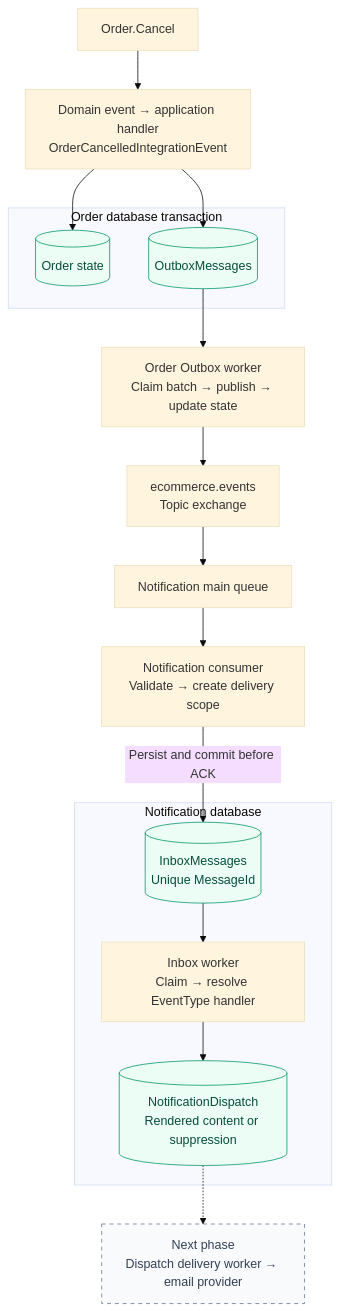
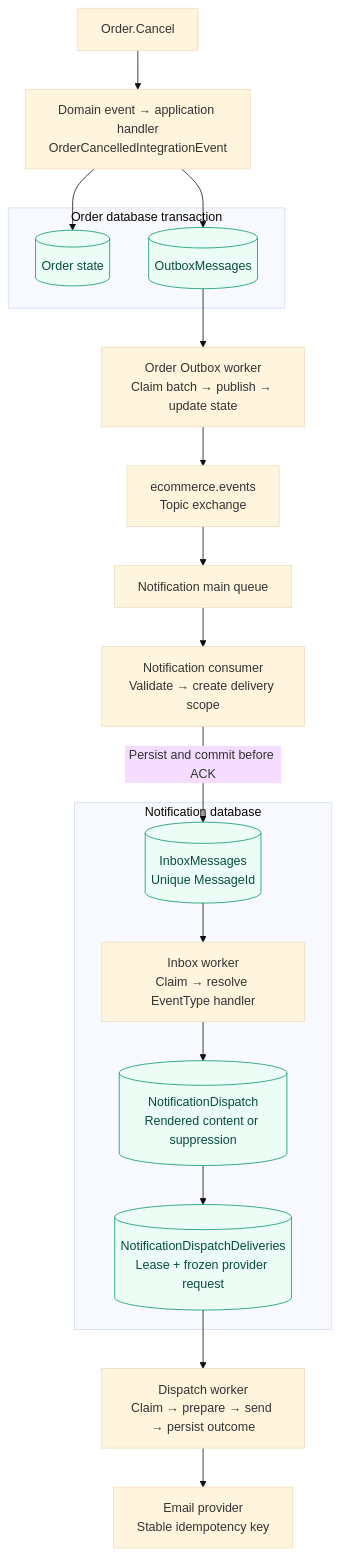
One commit to gorkemkayas/modular-saas-ecommerce changed the fifth of 9 diagrams in README.md. Above: the diagram before and after it, drawn with Mermaid (base theme). The commit also changed other lines of this file and 30 other files, not shown here.

First line of the commit message:
feat(notification): add reliable background dispatch delivery

````diff
--- a/README.md
+++ b/README.md
@@ -236,36 +236,37 @@
 ```mermaid
 flowchart TD
     CANCEL["Order.Cancel"]
     EVENT["Domain event → application handler<br/>OrderCancelledIntegrationEvent"]
 
     subgraph ORDER_TX["Order database transaction"]
         ORDER[("Order state")]
         OUTBOX[("OutboxMessages")]
     end
 
     WORKER["Order Outbox worker<br/>Claim batch → publish → update state"]
     BROKER["ecommerce.events<br/>Topic exchange"]
     QUEUE["Notification main queue"]
     CONSUMER["Notification consumer<br/>Validate → create delivery scope"]
 
     subgraph NOTIFICATION_DB["Notification database"]
         INBOX[("InboxMessages<br/>Unique MessageId")]
         PROCESSOR["Inbox worker<br/>Claim → resolve EventType handler"]
         DISPATCH[("NotificationDispatch<br/>Rendered content or suppression")]
+        DELIVERY_QUEUE[("NotificationDispatchDeliveries<br/>Lease + frozen provider request")]
         INBOX --> PROCESSOR --> DISPATCH
+        DISPATCH --> DELIVERY_QUEUE
     end
 
-    NEXT["Next phase<br/>Dispatch delivery worker → email provider"]
+    SENDER["Dispatch worker<br/>Claim → prepare → send → persist outcome"]
+    PROVIDER["Email provider<br/>Stable idempotency key"]
 
     CANCEL --> EVENT
     EVENT --> ORDER
     EVENT --> OUTBOX
     OUTBOX --> WORKER --> BROKER --> QUEUE --> CONSUMER
     CONSUMER -->|"Persist and commit before ACK"| INBOX
-    DISPATCH -.-> NEXT
+    DELIVERY_QUEUE --> SENDER --> PROVIDER
 
     classDef durable fill:#ecfdf5,stroke:#059669,color:#064e3b
-    classDef planned fill:#f8fafc,stroke:#64748b,color:#334155,stroke-dasharray:5 5
-    class ORDER,OUTBOX,INBOX,DISPATCH durable
-    class NEXT planned
+    class ORDER,OUTBOX,INBOX,DISPATCH,DELIVERY_QUEUE durable
 ```
````
